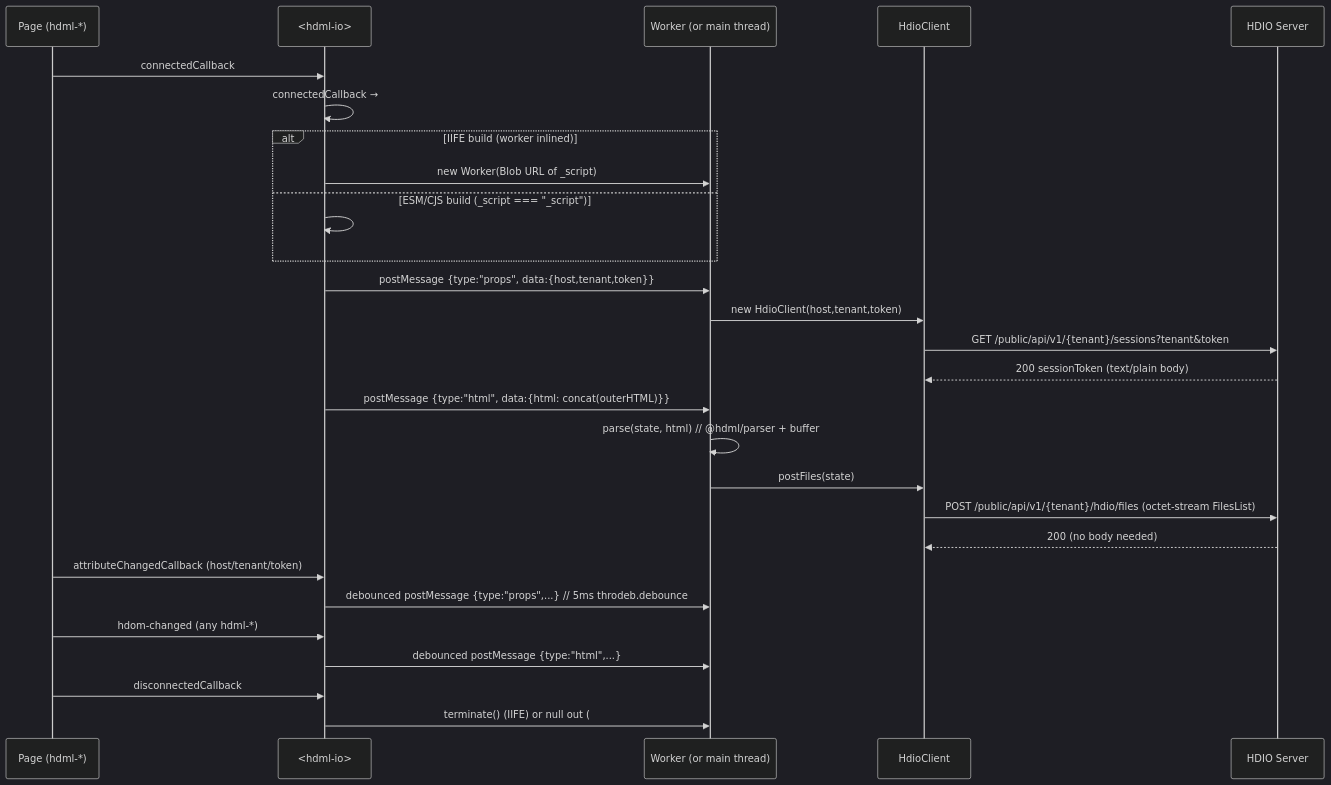
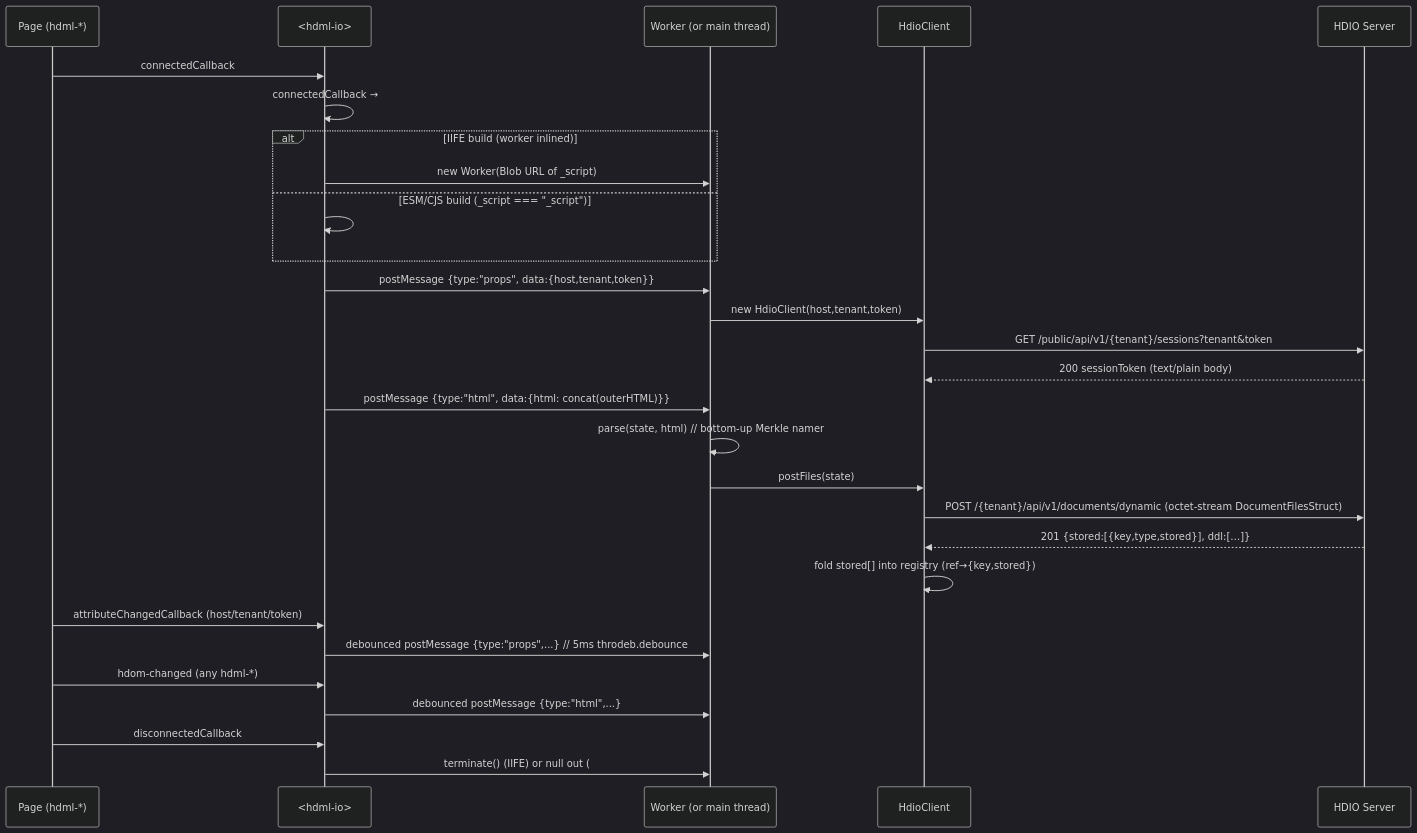
The diagram in docs/hdio-client.md (HDML-Foundation/HDML-Components), drawn with Mermaid (dark theme) before and after one commit. The commit also changed other lines of this file and 7 other files, not shown here.

First line of the commit message:
feat(hdio): bottom-up Merkle namer + full-doc POST + registry

````diff
--- a/docs/hdio-client.md
+++ b/docs/hdio-client.md
@@ -31,31 +31,32 @@
 ```mermaid
 sequenceDiagram
   participant Page as Page (hdml-*)
   participant Io as <hdml-io>
   participant W as Worker (or main thread)
   participant C as HdioClient
   participant S as HDIO Server
 
   Page->>Io: connectedCallback
   Io->>Io: connectedCallback → #enableMessagable, #listenHdomChanges
   alt IIFE build (worker inlined)
     Io->>W: new Worker(Blob URL of _script)
   else ESM/CJS build (_script === "_script")
     Io->>Io: #messagable = globalThis.self
   end
   Io->>W: postMessage {type:"props", data:{host,tenant,token}}
   W->>C: new HdioClient(host,tenant,token)
   C->>S: GET /public/api/v1/{tenant}/sessions?tenant&token
   S-->>C: 200 sessionToken (text/plain body)
   Io->>W: postMessage {type:"html", data:{html: concat(outerHTML)}}
-  W->>W: parse(state, html)  // @hdml/parser + buffer
+  W->>W: parse(state, html)  // bottom-up Merkle namer
   W->>C: postFiles(state)
-  C->>S: POST /public/api/v1/{tenant}/hdio/files  (octet-stream FilesList)
-  S-->>C: 200 (no body needed)
+  C->>S: POST /{tenant}/api/v1/documents/dynamic  (octet-stream DocumentFilesStruct)
+  S-->>C: 201 {stored:[{key,type,stored}], ddl:[…]}
+  C->>C: fold stored[] into registry (ref→{key,stored})
   Page->>Io: attributeChangedCallback (host/tenant/token)
   Io->>W: debounced postMessage {type:"props",...}  // 5ms throdeb.debounce
   Page->>Io: hdom-changed (any hdml-*)
   Io->>W: debounced postMessage {type:"html",...}
   Page->>Io: disconnectedCallback
   Io->>W: terminate()  (IIFE) or null out (#messagable in ESM)
 ```
````
